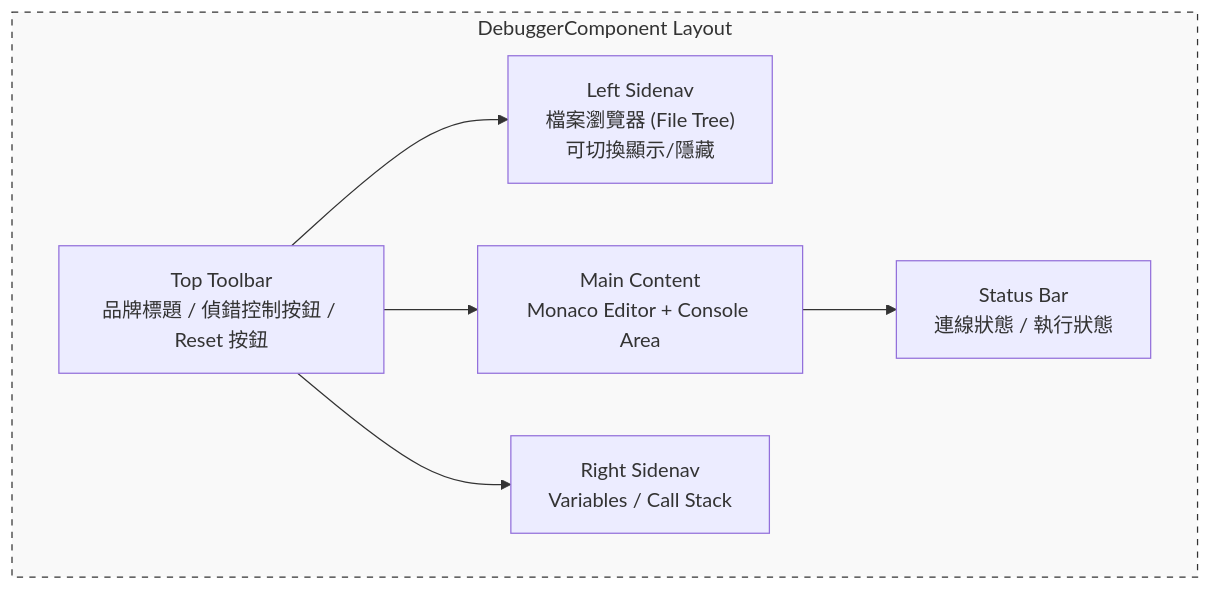
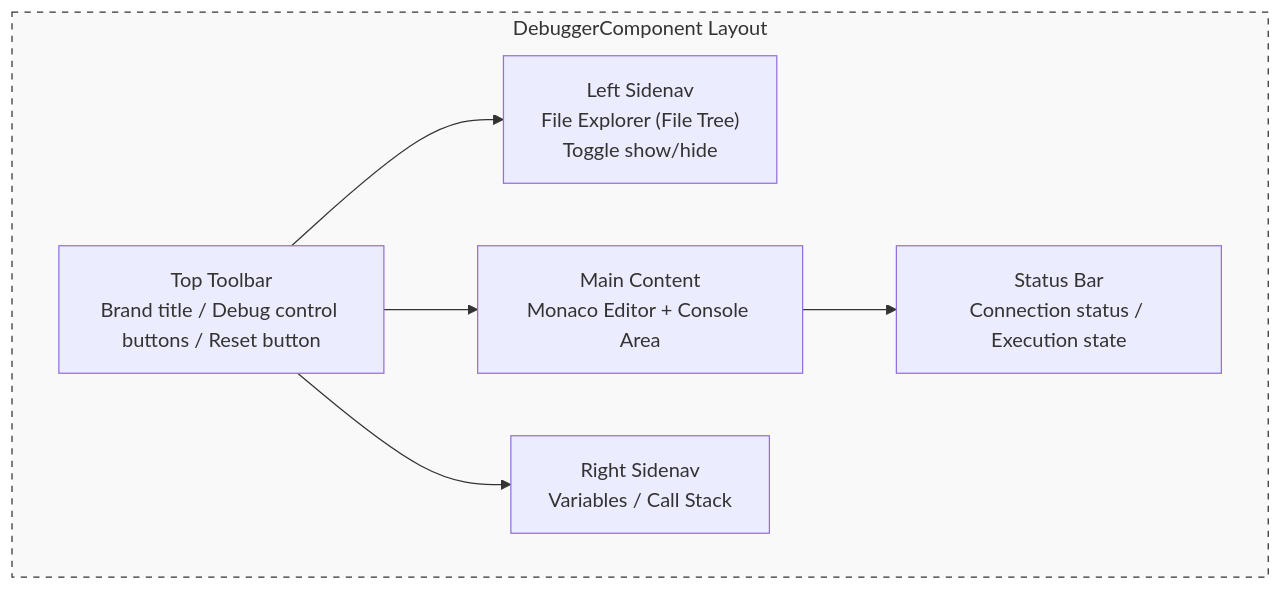
One commit to tangpo387-arch/taro-debugger changed the fifth of 9 diagrams in docs/architecture.md. Above: the diagram before and after it, drawn with Mermaid. The commit also changed other lines of this file and 9 other files, not shown here.

````diff
--- a/docs/architecture.md
+++ b/docs/architecture.md
@@ -227,17 +239,17 @@
 ```mermaid
 graph TD
     subgraph Layout ["DebuggerComponent Layout"]
-        TB["Top Toolbar<br/>品牌標題 / 偵錯控制按鈕 / Reset 按鈕"]
-        LS["Left Sidenav<br/>檔案瀏覽器 (File Tree)<br/>可切換顯示/隱藏"]
+        TB["Top Toolbar<br/>Brand title / Debug control buttons / Reset button"]
+        LS["Left Sidenav<br/>File Explorer (File Tree)<br/>Toggle show/hide"]
         MC["Main Content<br/>Monaco Editor + Console Area"]
         RS["Right Sidenav<br/>Variables / Call Stack"]
-        SB["Status Bar<br/>連線狀態 / 執行狀態"]
+        SB["Status Bar<br/>Connection status / Execution state"]
     end
 
     TB --> LS
     TB --> MC
     TB --> RS
     MC --> SB
 
     style Layout fill:#f9f9f9,stroke:#333,stroke-dasharray: 5 5
 ```
````
